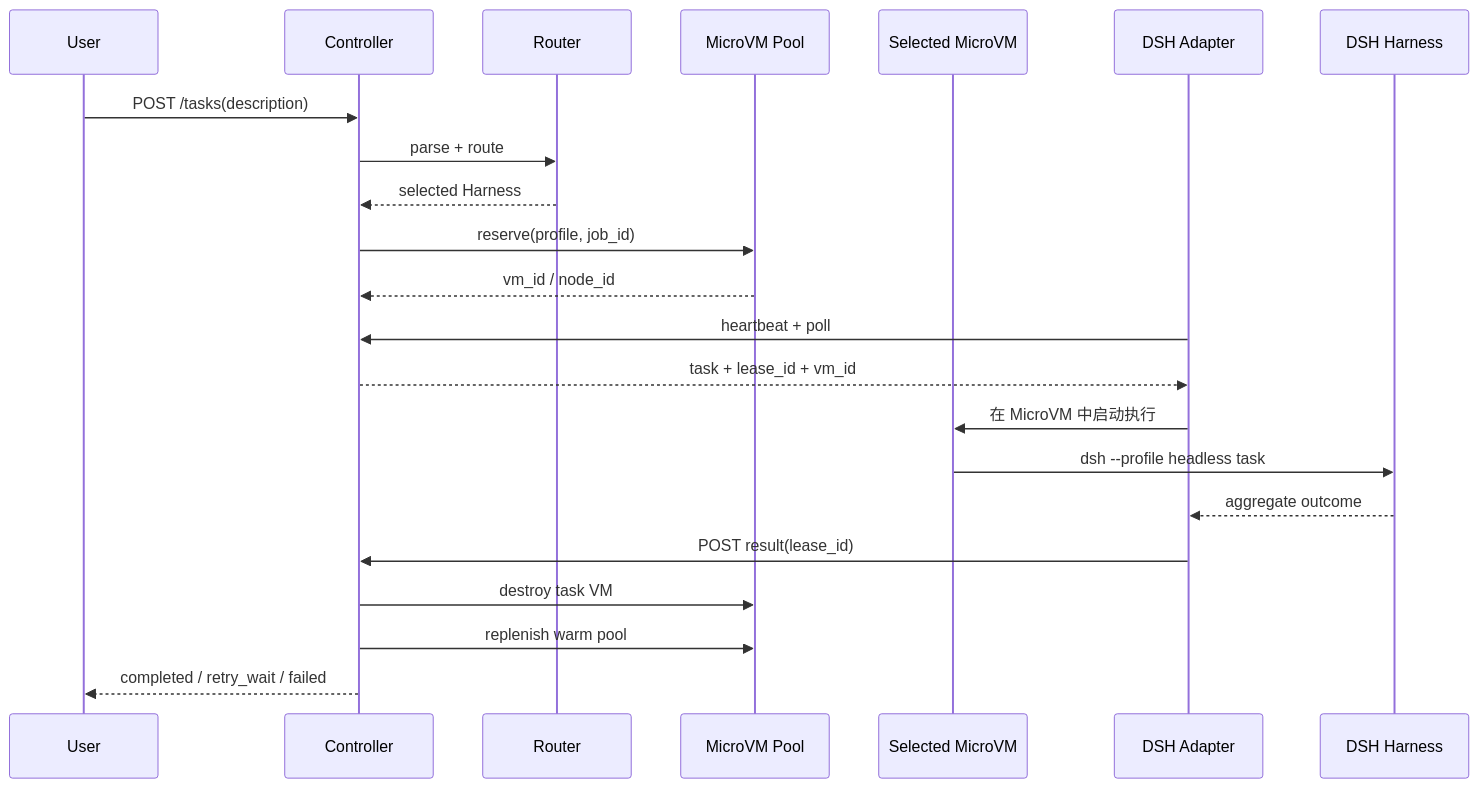
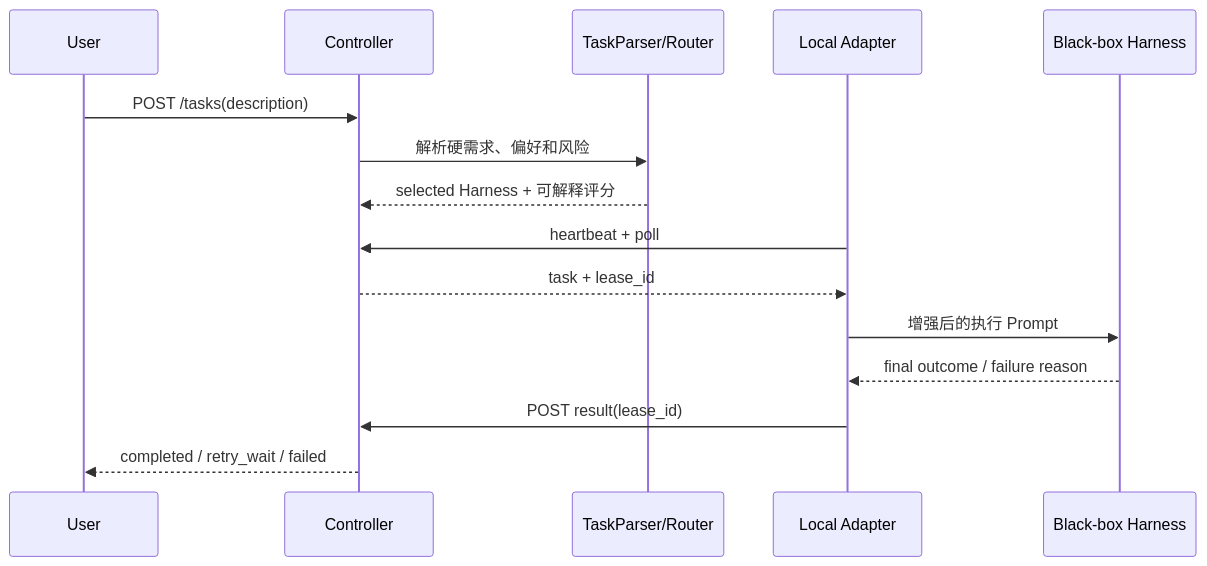
The second of 2 diagrams in docs/architecture_v2.md (ahuidffwkjf/heterogeneous-agent-routing), drawn with Mermaid before and after one commit. The commit also changed other lines of this file and 12 other files, not shown here.

Commit message:
feat: make FedHarness local-first

````diff
--- a/docs/architecture_v2.md
+++ b/docs/architecture_v2.md
@@ -23,25 +20,18 @@
 ```mermaid
 sequenceDiagram
     participant U as User
     participant C as Controller
-    participant R as Router
-    participant P as MicroVM Pool
-    participant V as Selected MicroVM
-    participant A as DSH Adapter
-    participant D as DSH Harness
+    participant R as TaskParser/Router
+    participant A as Local Adapter
+    participant H as Black-box Harness
 
     U->>C: POST /tasks(description)
-    C->>R: parse + route
-    R-->>C: selected Harness
-    C->>P: reserve(profile, job_id)
-    P-->>C: vm_id / node_id
+    C->>R: 解析硬需求、偏好和风险
+    R-->>C: selected Harness + 可解释评分
     A->>C: heartbeat + poll
-    C-->>A: task + lease_id + vm_id
-    A->>V: 在 MicroVM 中启动执行
-    V->>D: dsh --profile headless task
-    D-->>A: aggregate outcome
+    C-->>A: task + lease_id
+    A->>H: 增强后的执行 Prompt
+    H-->>A: final outcome / failure reason
     A->>C: POST result(lease_id)
-    C->>P: destroy task VM
-    C->>P: replenish warm pool
     C-->>U: completed / retry_wait / failed
 ```
````
